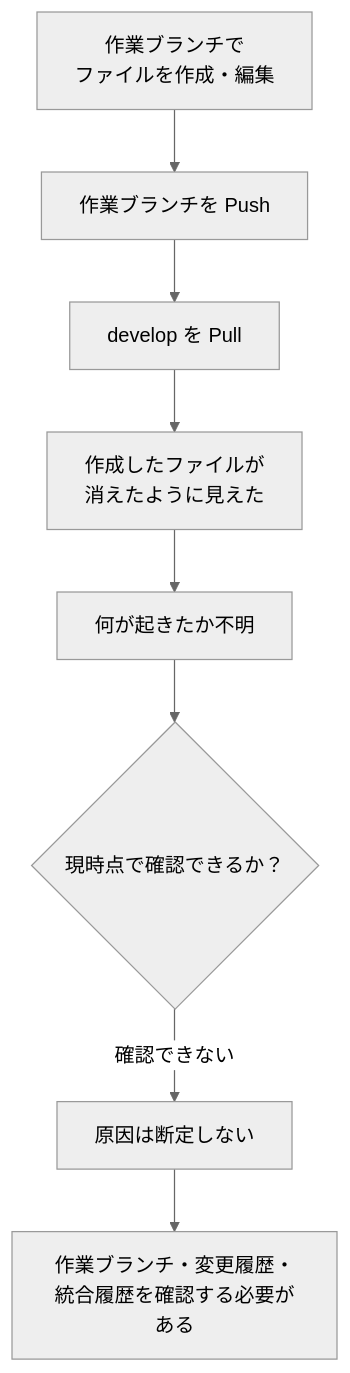
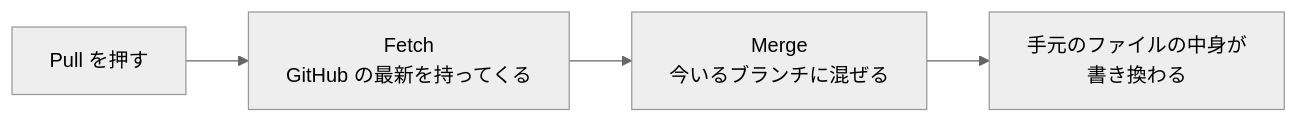
The second of 6 diagrams in genkou-flow-pr-kaizen.md (dekinaiNet/practice1), drawn with Mermaid (neutral theme) before and after one commit. The commit also changed other lines of this file and 1 other file, not shown here.

First line of the commit message:
Develop (#11)

````diff
--- a/genkou-flow-pr-kaizen.md
+++ b/genkou-flow-pr-kaizen.md
@@ -54,11 +61,6 @@
 ```mermaid
-flowchart TD
-    A["作業ブランチで<br/>ファイルを作成・編集"] --> B["作業ブランチを Push"]
-    B --> C["develop を Pull"]
-    C --> D["作成したファイルが<br/>消えたように見えた"]
-    D --> E["何が起きたか不明"]
-
-    E --> F{"現時点で確認できるか？"}
-    F -->|確認できない| G["原因は断定しない"]
-    G --> H["作業ブランチ・変更履歴・<br/>統合履歴を確認する必要がある"]
+flowchart LR
+    A["Pull を押す"] --> B["Fetch<br/>GitHub の最新を持ってくる"]
+    B --> C["Merge<br/>今いるブランチに混ぜる"]
+    C --> D["手元のファイルの中身が<br/>書き換わる"]
 ```
````
